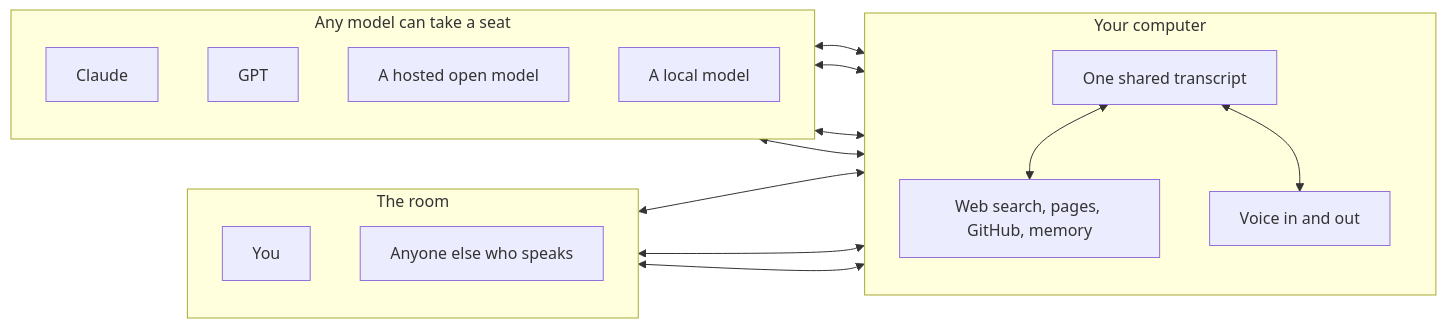
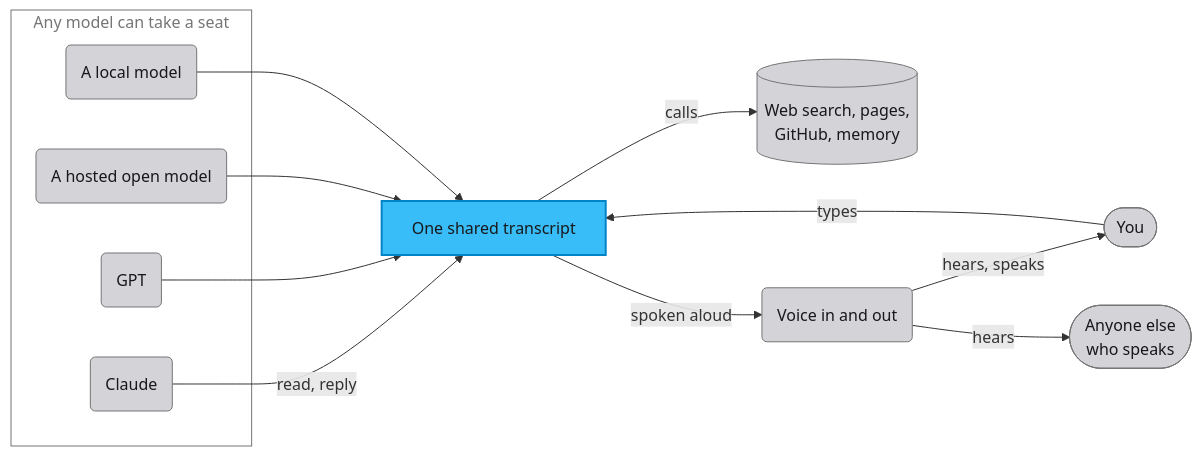
The first of 2 diagrams in README.md (shawn-durrani/crossband), drawn with Mermaid before and after one commit. The commit also changed other lines of this file and 1 other file, not shown here.

Commit message:
README diagrams and the guide's diagram section, checked on GitHub in both modes
The README opens with the flow in the app's greys and one sky accent,
and shows one round as a sequence under the first feature. The guide
gains a Diagrams section with the recipe that was checked on GitHub in
light and dark: GitHub's own theme, fills by class, dark text on every
fill, see-through groups, left to right, twelve nodes at most.

````diff
--- a/README.md
+++ b/README.md
@@ -11,30 +11,28 @@
 ```mermaid
 flowchart LR
   subgraph seats["Any model can take a seat"]
-    direction TB
-    C["Claude"]
-    G["GPT"]
-    H["A hosted open model"]
-    L["A local model"]
+    C("Claude")
+    G("GPT")
+    H("A hosted open model")
+    L("A local model")
   end
-  subgraph home["Your computer"]
-    direction TB
-    T["One shared transcript"]
-    tools["Web search, pages, GitHub, memory"]
-    V["Voice in and out"]
-  end
-  subgraph room["The room"]
-    direction TB
-    Y["You"]
-    O["Anyone else who speaks"]
-  end
-  C <--> T
-  G <--> T
-  H <--> T
-  L <--> T
-  T <--> tools
-  T <--> V
-  Y <--> T
-  V <--> Y
-  V <--> O
+  T["One shared transcript"]
+  tools[("Web search, pages,<br/>GitHub, memory")]
+  V("Voice in and out")
+  Y(["You"])
+  O(["Anyone else<br/>who speaks"])
+  C -- "read, reply" --> T
+  G --> T
+  H --> T
+  L --> T
+  T -- "calls" --> tools
+  T -- "spoken aloud" --> V
+  Y -- "types" --> T
+  V -- "hears, speaks" --> Y
+  V -- "hears" --> O
+  classDef node fill:#d4d4d8,stroke:#757575,color:#18181b
+  classDef hero fill:#38bdf8,stroke:#0284c7,color:#18181b,stroke-width:2px
+  class C,G,H,L,tools,V,Y,O node
+  class T hero
+  style seats fill:transparent,stroke:#757575,color:#757575
 ```
````
